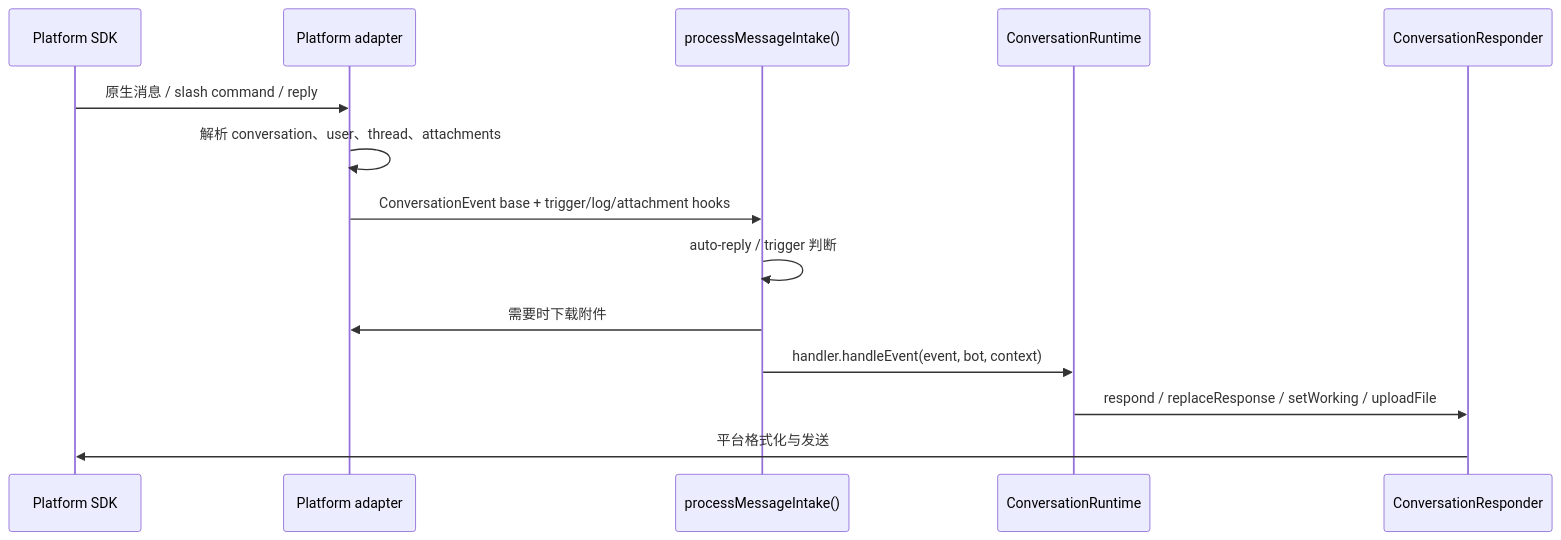
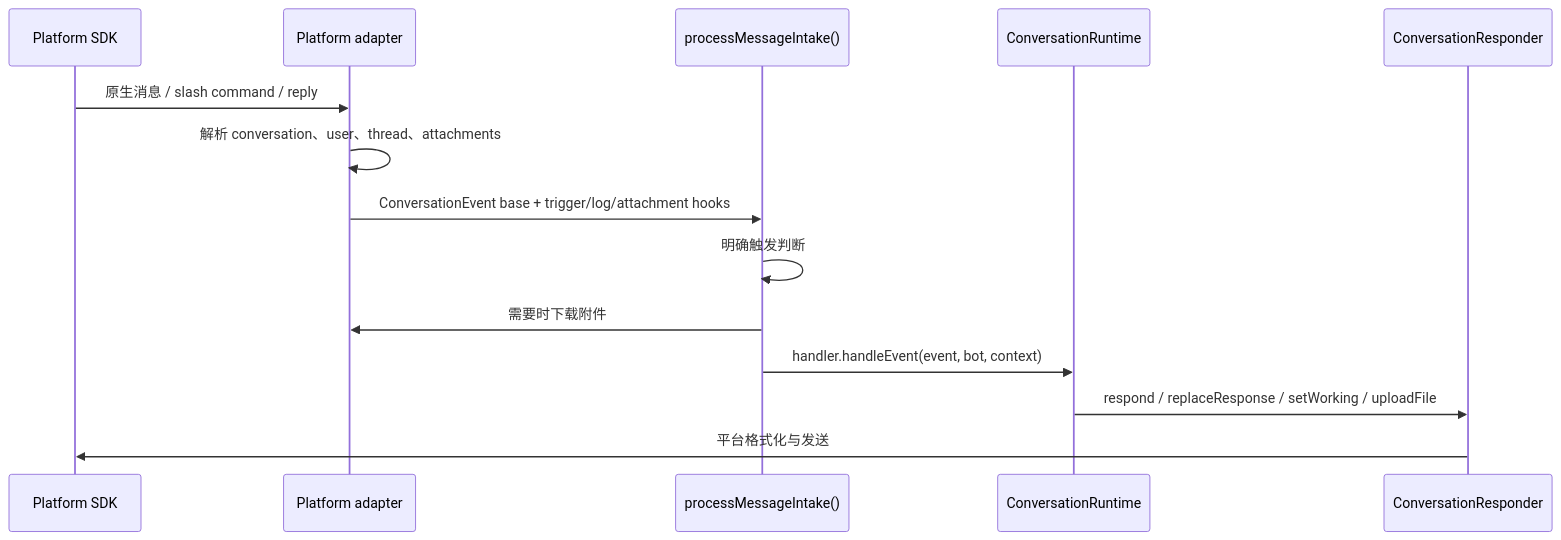
The diagram in src/content/docs/zh-cn/platform-adapters.mdx (geminixiang/mikan), drawn with Mermaid before and after one commit. The commit also changed other lines of this file and 92 other files, not shown here.

First line of the commit message:
refactor: consolidate harness modules and retire auto-reply

````diff
--- a/src/content/docs/zh-cn/platform-adapters.mdx
+++ b/src/content/docs/zh-cn/platform-adapters.mdx
@@ -50,17 +50,17 @@
 ```mermaid
 sequenceDiagram
   participant P as Platform SDK
   participant A as Platform adapter
   participant I as processMessageIntake()
   participant R as ConversationRuntime
   participant C as ConversationResponder
 
   P->>A: 原生消息 / slash command / reply
   A->>A: 解析 conversation、user、thread、attachments
   A->>I: ConversationEvent base + trigger/log/attachment hooks
-  I->>I: auto-reply / trigger 判断
+  I->>I: 明确触发判断
   I->>A: 需要时下载附件
   I->>R: handler.handleEvent(event, bot, context)
   R->>C: respond / replaceResponse / setWorking / uploadFile
   C->>P: 平台格式化与发送
 ```
````
